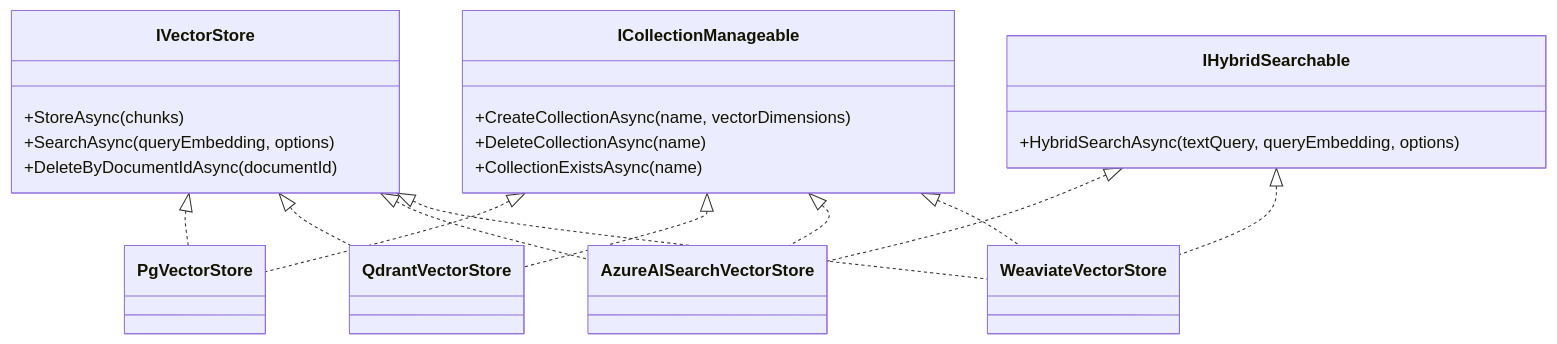
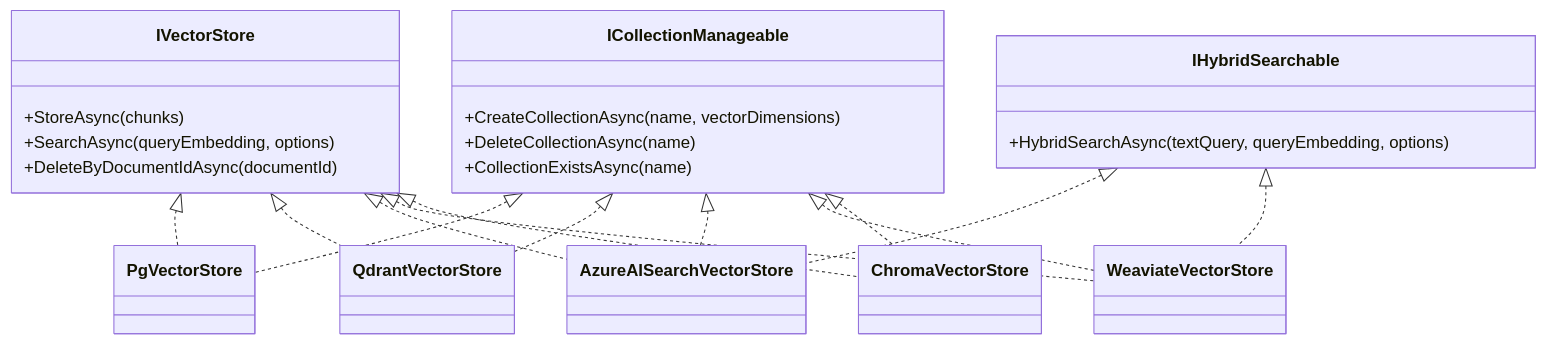
The diagram in docs/guide/vector-stores.md (MarcelRoozekrans/Rag.NET), drawn with Mermaid before and after one commit. The commit also changed other lines of this file and 1 other file, not shown here.

First line of the commit message:
docs(vector-stores): Chroma guide section; tick feature

````diff
--- a/docs/guide/vector-stores.md
+++ b/docs/guide/vector-stores.md
@@ -27,34 +27,38 @@
 ```mermaid
 classDiagram
     class IVectorStore {
         +StoreAsync(chunks)
         +SearchAsync(queryEmbedding, options)
         +DeleteByDocumentIdAsync(documentId)
     }
     class IHybridSearchable {
         +HybridSearchAsync(textQuery, queryEmbedding, options)
     }
     class ICollectionManageable {
         +CreateCollectionAsync(name, vectorDimensions)
         +DeleteCollectionAsync(name)
         +CollectionExistsAsync(name)
     }
     class PgVectorStore {
     }
     class QdrantVectorStore {
     }
     class AzureAISearchVectorStore {
     }
     class WeaviateVectorStore {
     }
+    class ChromaVectorStore {
+    }
     IVectorStore <|.. PgVectorStore
     ICollectionManageable <|.. PgVectorStore
     IVectorStore <|.. QdrantVectorStore
     ICollectionManageable <|.. QdrantVectorStore
     IVectorStore <|.. AzureAISearchVectorStore
     IHybridSearchable <|.. AzureAISearchVectorStore
     ICollectionManageable <|.. AzureAISearchVectorStore
     IVectorStore <|.. WeaviateVectorStore
     IHybridSearchable <|.. WeaviateVectorStore
     ICollectionManageable <|.. WeaviateVectorStore
+    IVectorStore <|.. ChromaVectorStore
+    ICollectionManageable <|.. ChromaVectorStore
 ```
````
